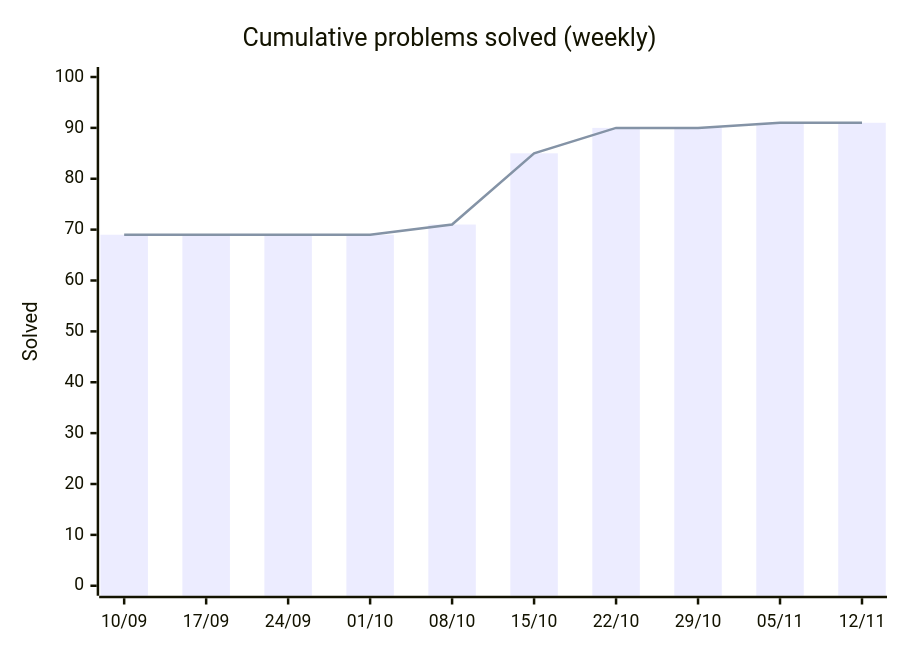
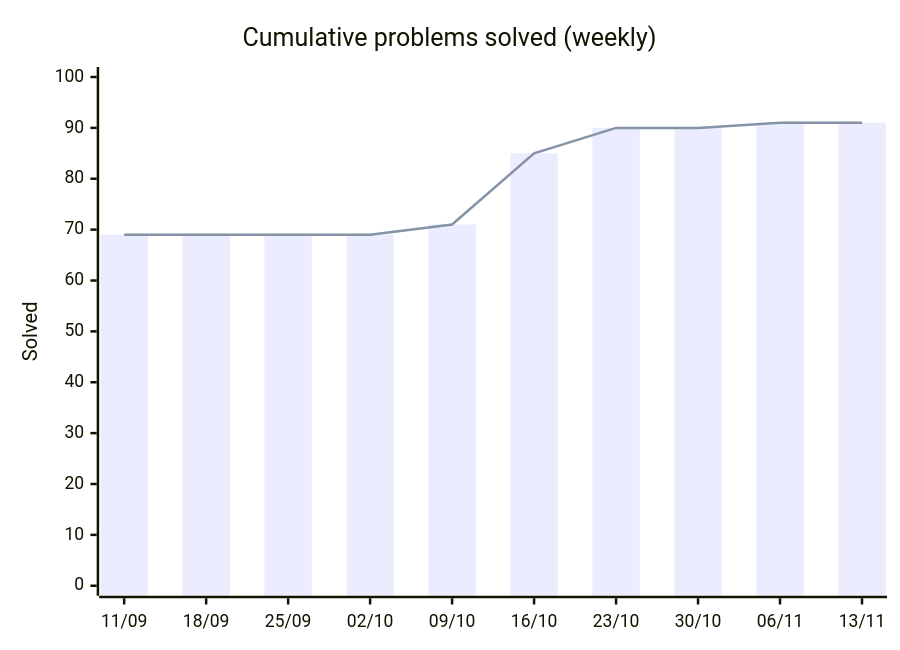
Before and after one commit to HarryTrn/TensorTonic-Solutions: the first of 2 diagrams in README.md, drawn with Mermaid. The commit also changed other lines of this file, not shown here.

Commit message:
docs: auto-update README [skip ci]

````diff
--- a/README.md
+++ b/README.md
@@ -65,8 +65,8 @@
 ```mermaid
 xychart-beta
     title "Cumulative problems solved (weekly)"
-    x-axis ["10/09", "17/09", "24/09", "01/10", "08/10", "15/10", "22/10", "29/10", "05/11", "12/11"]
+    x-axis ["11/09", "18/09", "25/09", "02/10", "09/10", "16/10", "23/10", "30/10", "06/11", "13/11"]
     y-axis "Solved" 0 --> 100
     bar [69, 69, 69, 69, 71, 85, 90, 90, 91, 91]
     line [69, 69, 69, 69, 71, 85, 90, 90, 91, 91]
 ```
````
